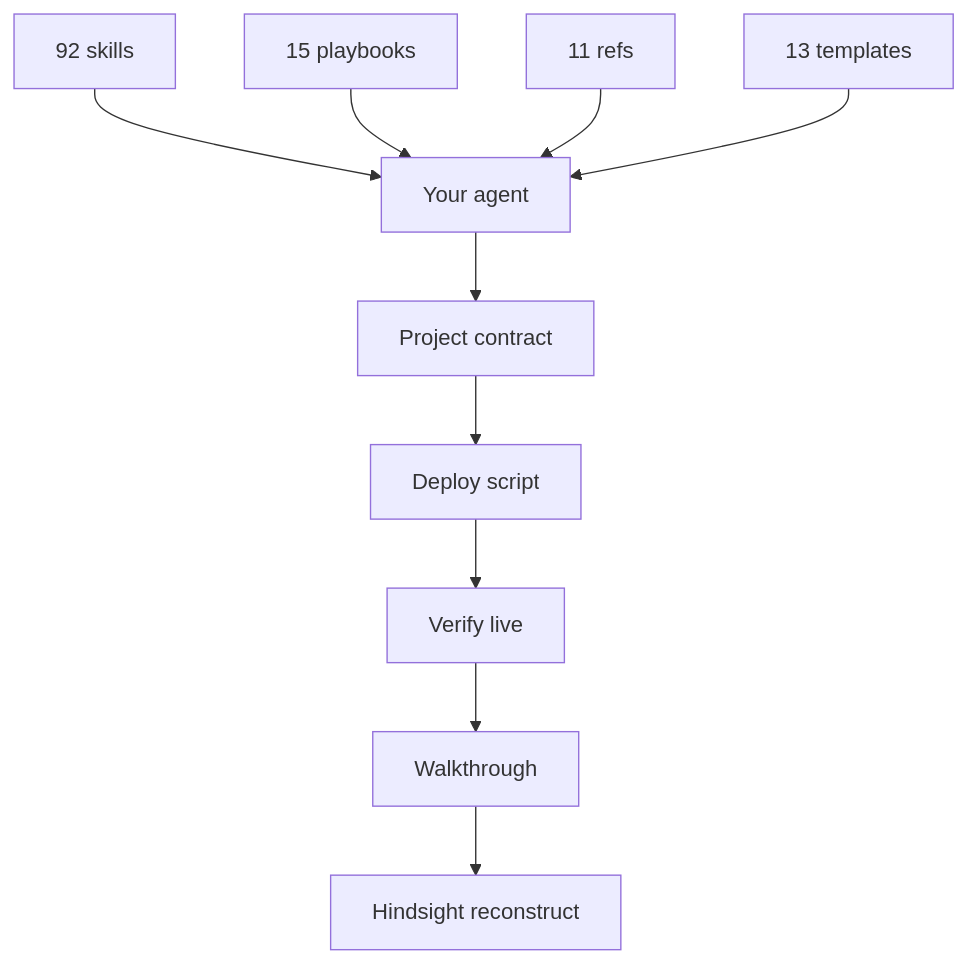
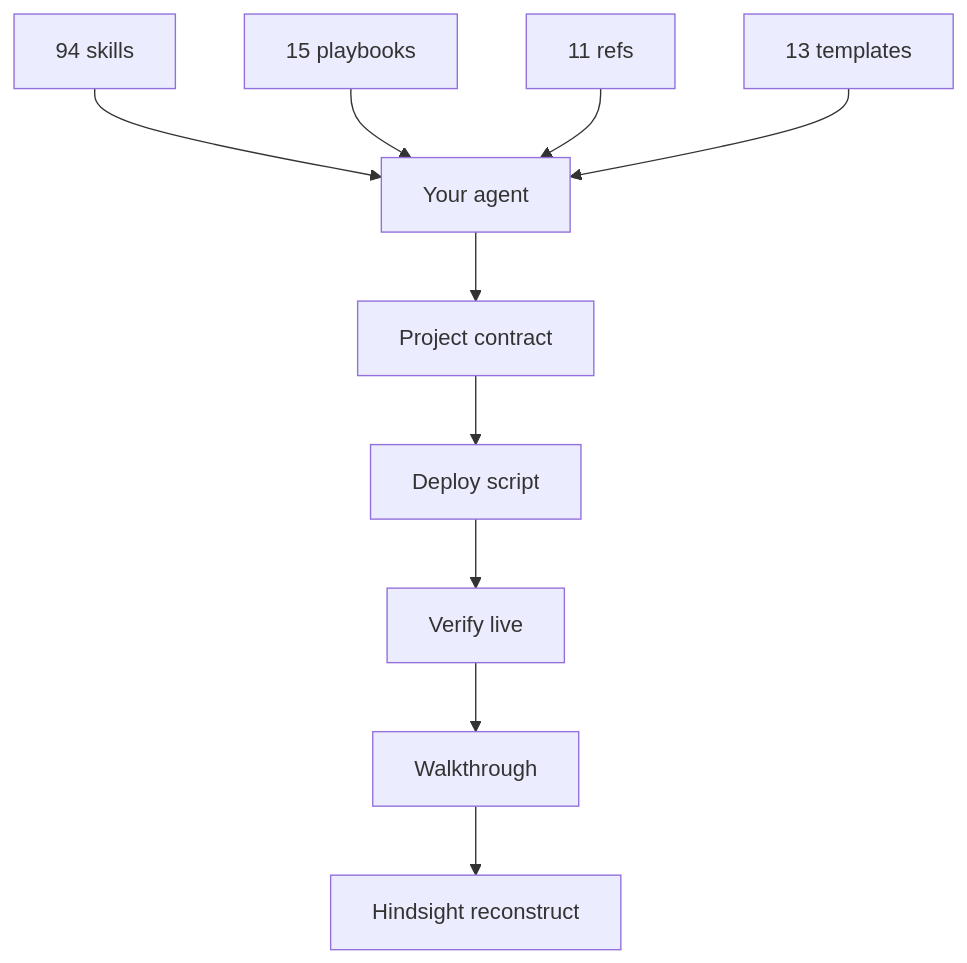
One commit to Nonarkara/dr-non-vibecoding-skills changed the third of 3 diagrams in README.md. Above: the diagram before and after it, drawn with Mermaid. The commit also changed other lines of this file and 12 other files, not shown here.

````diff
--- a/README.md
+++ b/README.md
@@ -371,12 +371,12 @@
 ```mermaid
 flowchart TB
-  S["92 skills"] --> A["Your agent"]
+  S["94 skills"] --> A["Your agent"]
   P["15 playbooks"] --> A
   R["11 refs"] --> A
   T["13 templates"] --> A
   A --> W["Project contract"]
   W --> D["Deploy script"]
   D --> V["Verify live"]
   V --> H["Walkthrough"]
   H --> L["Hindsight reconstruct"]
 ```
````
